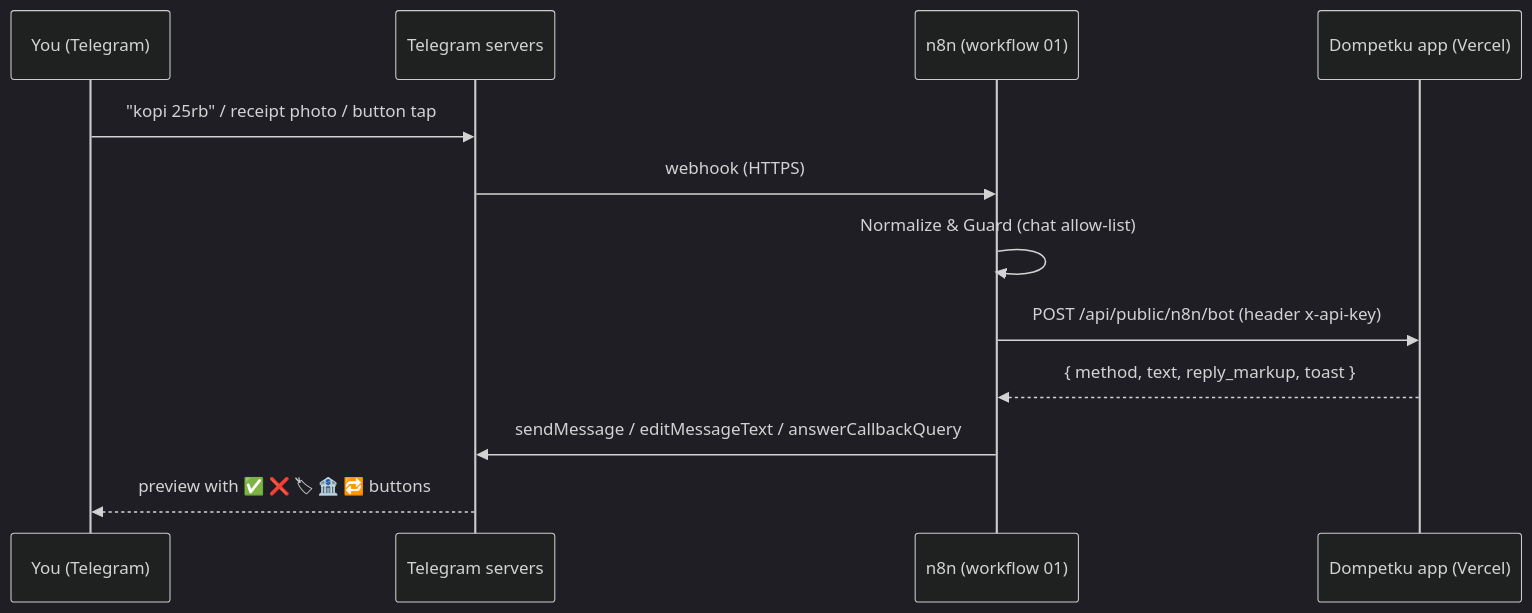
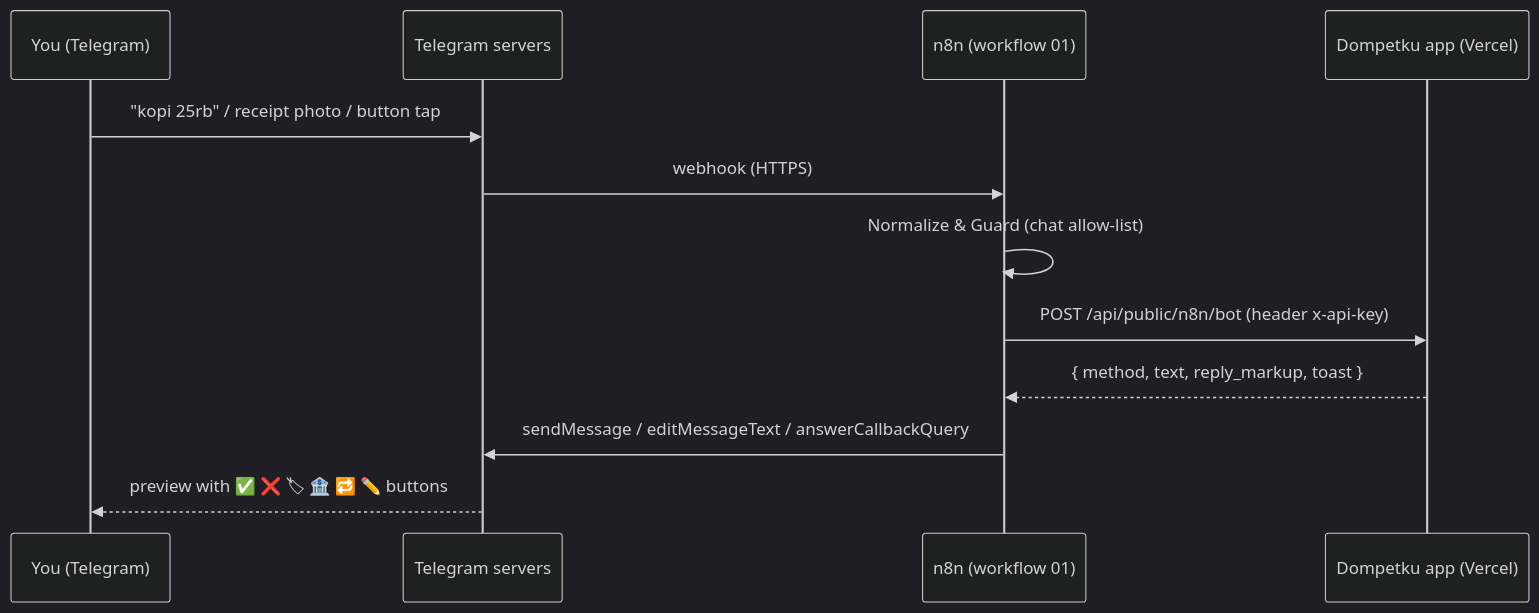
Before and after one commit to ilramdhan/dompetku: the diagram in docs/N8N.md, drawn with Mermaid (dark theme). The commit also changed other lines of this file and 8 other files, not shown here.

````diff
--- a/docs/N8N.md
+++ b/docs/N8N.md
@@ -35,14 +35,14 @@
 ```mermaid
 sequenceDiagram
     participant U as You (Telegram)
     participant T as Telegram servers
     participant N as n8n (workflow 01)
     participant A as Dompetku app (Vercel)
     U->>T: "kopi 25rb" / receipt photo / button tap
     T->>N: webhook (HTTPS)
     N->>N: Normalize & Guard (chat allow-list)
     N->>A: POST /api/public/n8n/bot (header x-api-key)
     A-->>N: { method, text, reply_markup, toast }
     N->>T: sendMessage / editMessageText / answerCallbackQuery
-    T-->>U: preview with ✅ ❌ 🏷 🏦 🔁 buttons
+    T-->>U: preview with ✅ ❌ 🏷 🏦 🔁 ✏️ buttons
 ```
````
